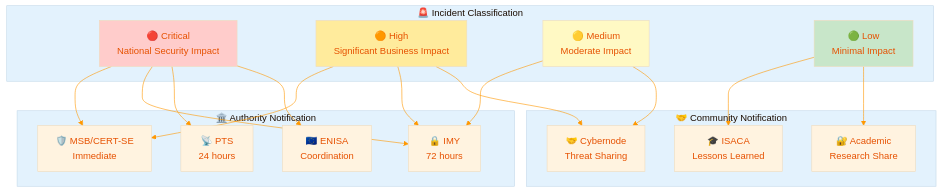
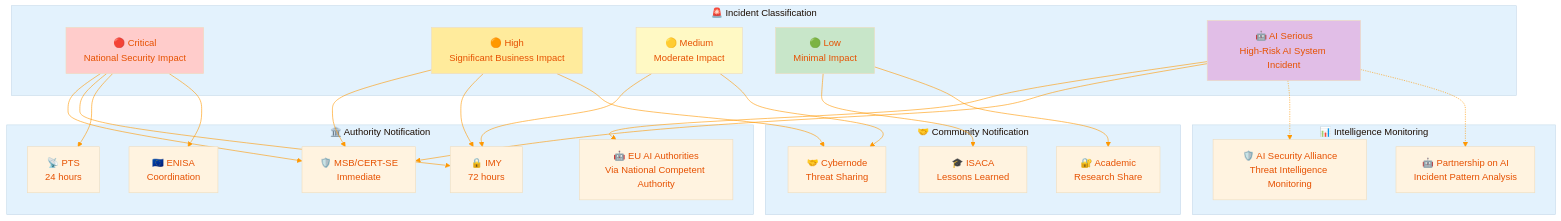
One commit to Hack23/ISMS-PUBLIC changed the third of 4 diagrams in External_Stakeholder_Registry.md. Above: the diagram before and after it, drawn with Mermaid. The commit also changed other lines of this file, not shown here.

````diff
--- a/External_Stakeholder_Registry.md
+++ b/External_Stakeholder_Registry.md
@@ -317,54 +398,67 @@
 ```mermaid
 %%{
   init: {
     'theme': 'base',
     'themeVariables': {
       'primaryColor': '#fff3e0',
       'primaryTextColor': '#e65100',
       'lineColor': '#ff9800',
       'secondaryColor': '#e8f5e9',
       'tertiaryColor': '#e3f2fd'
     }
   }
 }%%
 flowchart TD
     subgraph INCIDENT["🚨 Incident Classification"]
         CRITICAL[🔴 Critical<br/>National Security Impact]
         HIGH[🟠 High<br/>Significant Business Impact]
         MEDIUM[🟡 Medium<br/>Moderate Impact]
         LOW[🟢 Low<br/>Minimal Impact]
+        AI_SERIOUS[🤖 AI Serious<br/>High-Risk AI System Incident]
     end
     
     subgraph AUTHORITIES["🏛️ Authority Notification"]
         MSB_CERT[🛡️ MSB/CERT-SE<br/>Immediate]
         IMY_GDPR[🔒 IMY<br/>72 hours]
         PTS_NIS[📡 PTS<br/>24 hours]
         ENISA[🇪🇺 ENISA<br/>Coordination]
+        EU_AI_AUTH[🤖 EU AI Authorities<br/>Via National Competent Authority]
     end
     
     subgraph COMMUNITY["🤝 Community Notification"]
         CYBERNODE_ALERT[🤝 Cybernode<br/>Threat Sharing]
         ISACA_REPORT[🎓 ISACA<br/>Lessons Learned]
         ACADEMIC[🔐 Academic<br/>Research Share]
+    end
+    
+    subgraph MONITORING["📊 Intelligence Monitoring"]
+        AI_SEC_MONITOR[🛡️ AI Security Alliance<br/>Threat Intelligence Monitoring]
+        PAI_MONITOR[🤖 Partnership on AI<br/>Incident Pattern Analysis]
     end
     
     CRITICAL --> MSB_CERT
     CRITICAL --> IMY_GDPR
     CRITICAL --> PTS_NIS
     CRITICAL --> ENISA
     
     HIGH --> MSB_CERT
     HIGH --> IMY_GDPR
     HIGH --> CYBERNODE_ALERT
     
     MEDIUM --> IMY_GDPR
     MEDIUM --> CYBERNODE_ALERT
     
     LOW --> ISACA_REPORT
     LOW --> ACADEMIC
     
+    AI_SERIOUS --> EU_AI_AUTH
+    AI_SERIOUS --> MSB_CERT
+    AI_SERIOUS -.-> AI_SEC_MONITOR
+    AI_SERIOUS -.-> PAI_MONITOR
+    
     style CRITICAL fill:#ffcccb
     style HIGH fill:#ffeb9c
+    style AI_SERIOUS fill:#e1bee7
     style MEDIUM fill:#fff9c4
     style LOW fill:#c8e6c9
 ```
````
